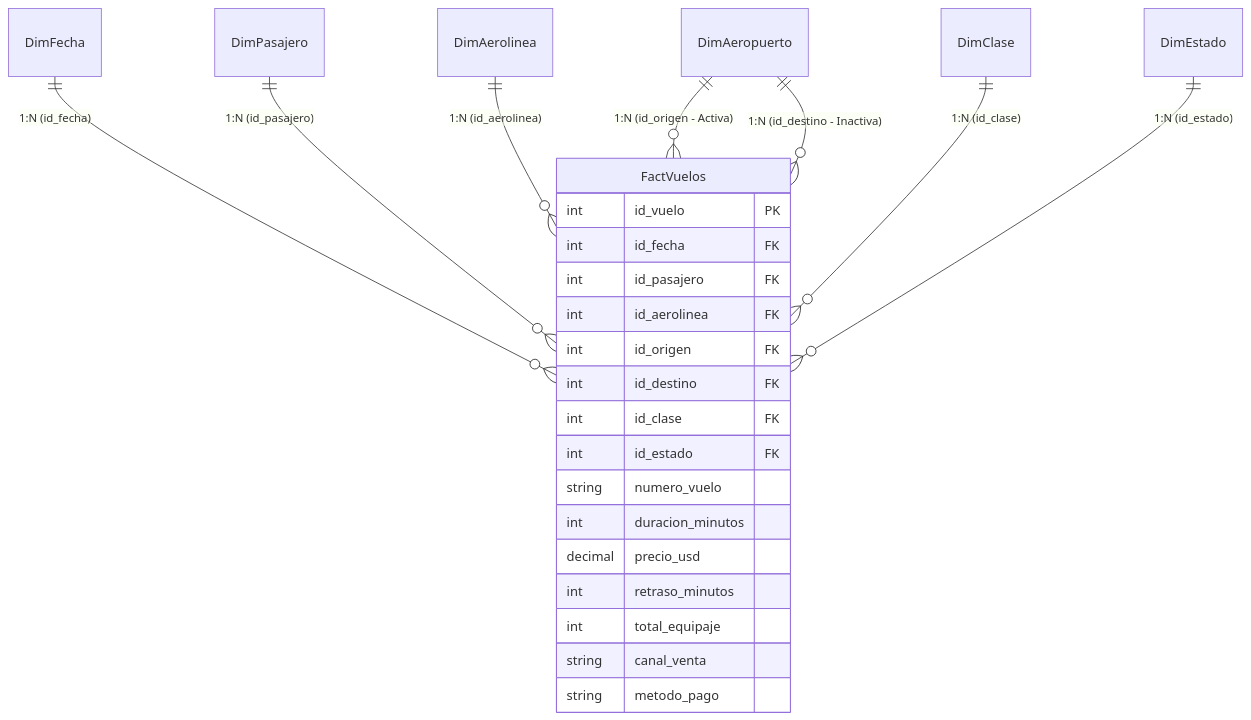
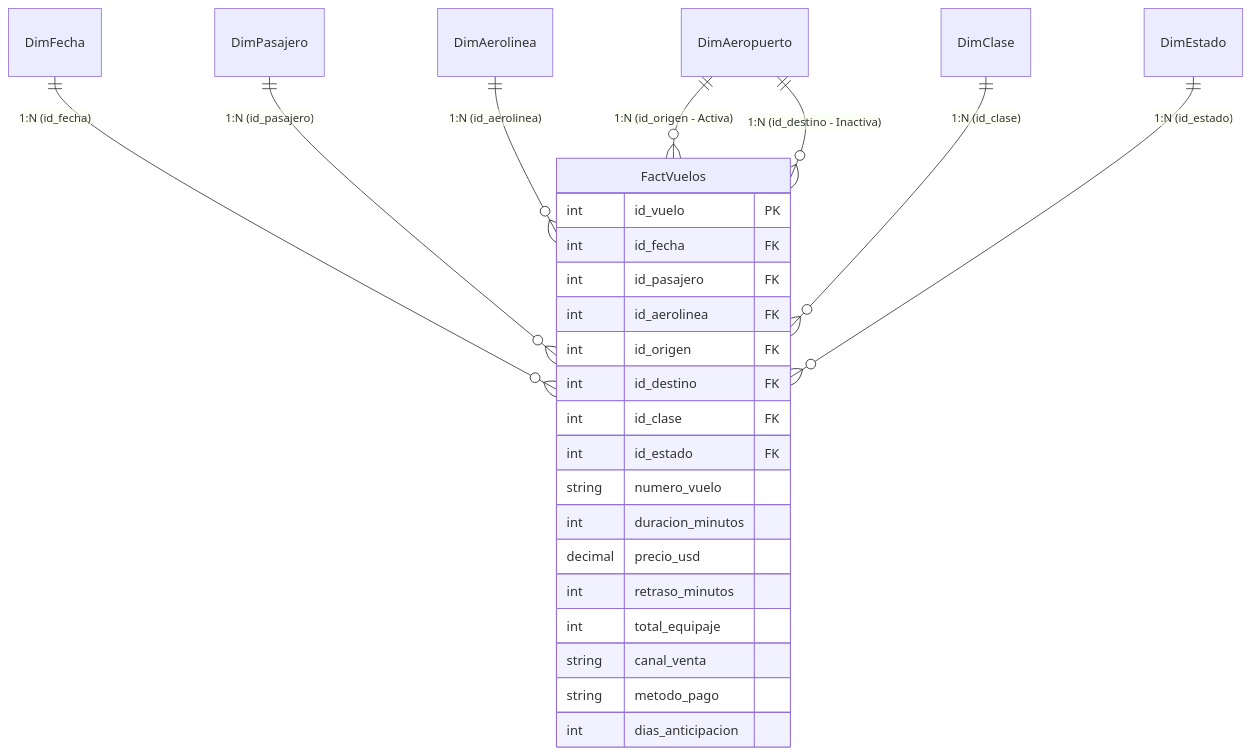
One commit to Ennero/SS22S2026_G1 changed the diagram in Practica2/README.md. Above: the diagram before and after it, drawn with Mermaid. The commit also changed other lines of this file and 7 other files, not shown here.

````diff
--- a/Practica2/README.md
+++ b/Practica2/README.md
@@ -79,28 +83,29 @@
 ```mermaid
 erDiagram
     DimFecha ||--o{ FactVuelos : "1:N (id_fecha)"
     DimPasajero ||--o{ FactVuelos : "1:N (id_pasajero)"
     DimAerolinea ||--o{ FactVuelos : "1:N (id_aerolinea)"
     DimAeropuerto ||--o{ FactVuelos : "1:N (id_origen - Activa)"
     DimAeropuerto ||--o{ FactVuelos : "1:N (id_destino - Inactiva)"
     DimClase ||--o{ FactVuelos : "1:N (id_clase)"
     DimEstado ||--o{ FactVuelos : "1:N (id_estado)"
 
     FactVuelos {
         int id_vuelo PK
         int id_fecha FK
         int id_pasajero FK
         int id_aerolinea FK
         int id_origen FK
         int id_destino FK
         int id_clase FK
         int id_estado FK
         string numero_vuelo
         int duracion_minutos
         decimal precio_usd
         int retraso_minutos
         int total_equipaje
         string canal_venta
         string metodo_pago
+        int dias_anticipacion
     }
 ```
````
